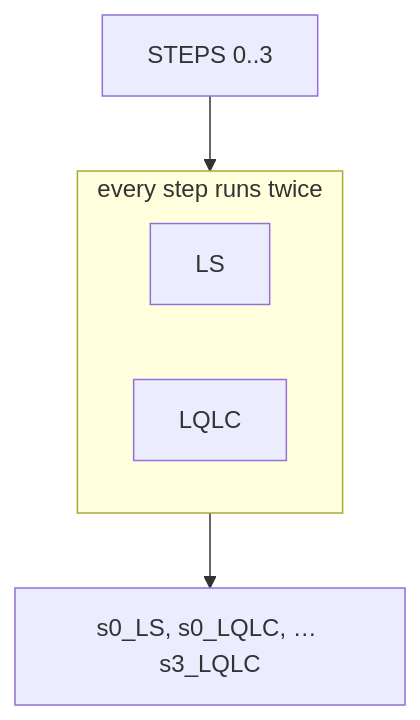
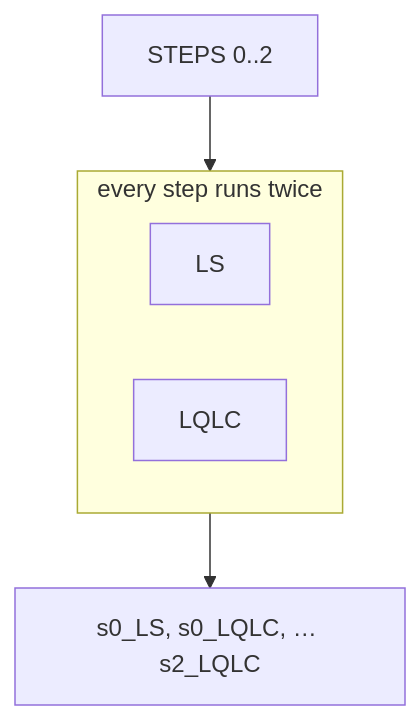
The second of 11 diagrams in README.md (sing456123/FYP), drawn with Mermaid before and after one commit. The commit also changed other lines of this file and 9 other files, not shown here.

````diff
--- a/README.md
+++ b/README.md
@@ -25,8 +24,8 @@
 ```mermaid
 flowchart TB
     subgraph each [every step runs twice]
         LS["LS"]
         LQ["LQLC"]
     end
-    STEPS["STEPS 0..3"] --> each --> CFG["s0_LS, s0_LQLC, … s3_LQLC"]
+    STEPS["STEPS 0..2"] --> each --> CFG["s0_LS, s0_LQLC, … s2_LQLC"]
 ```
````
